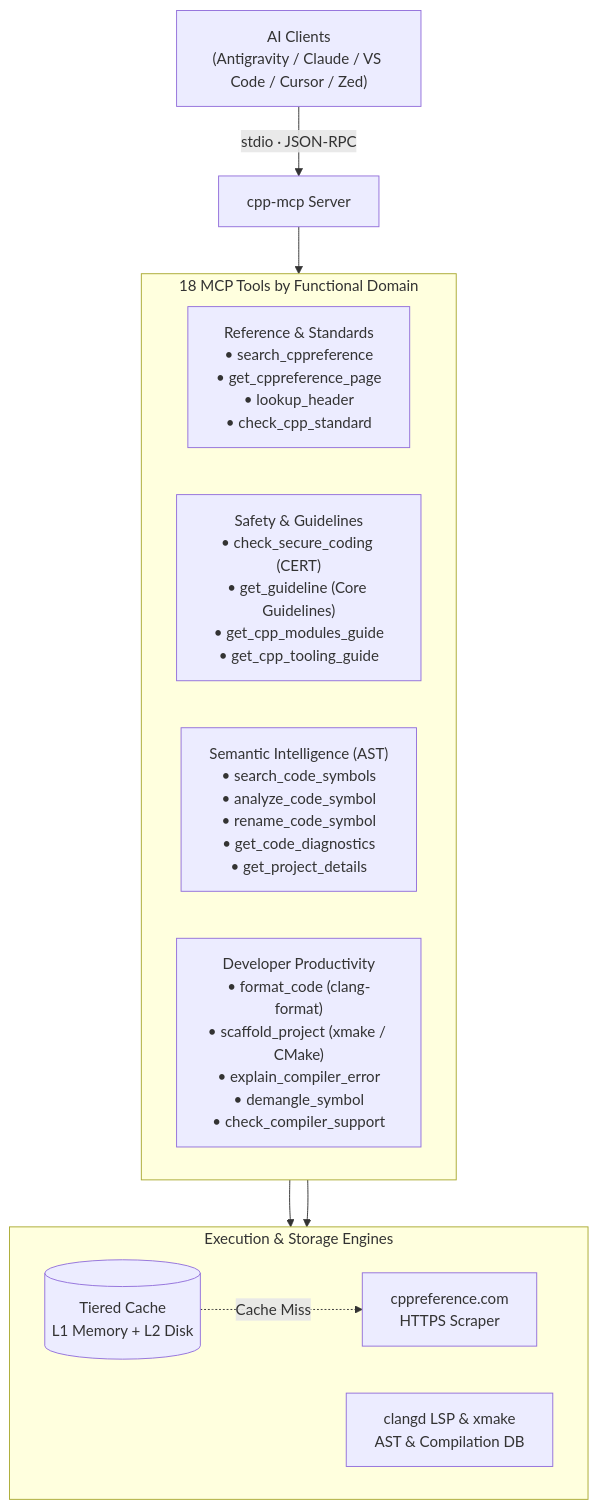
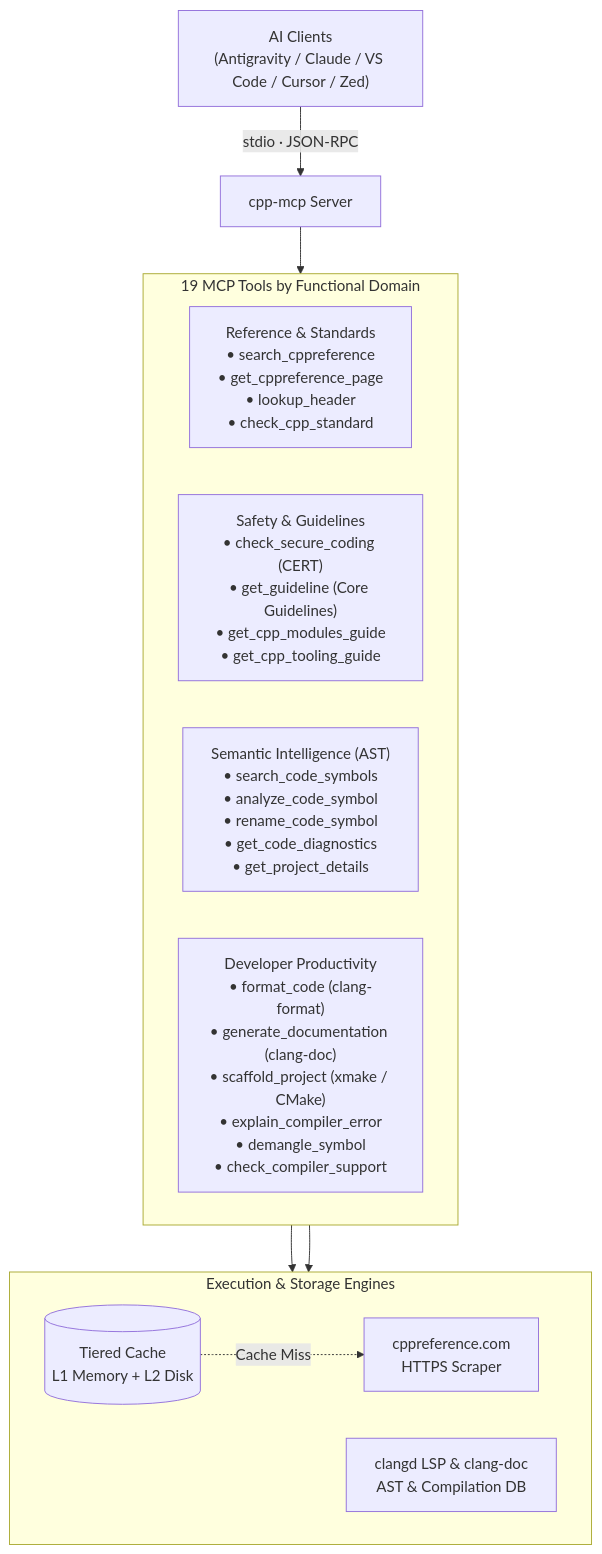
Before and after one commit to CHOCEK-RB/cpp-mcp: the diagram in README.md, drawn with Mermaid. The commit also changed other lines of this file and 4 other files, not shown here.

Commit message:
feat(docs): add generate_documentation tool and CLI docs command via clang-doc

````diff
--- a/README.md
+++ b/README.md
@@ -17,24 +17,24 @@
 ```mermaid
 flowchart TB
     Client["AI Clients\n(Antigravity / Claude / VS Code / Cursor / Zed)"] -->|stdio · JSON-RPC| Server["cpp-mcp Server"]
 
-    subgraph Tools ["18 MCP Tools by Functional Domain"]
+    subgraph Tools ["19 MCP Tools by Functional Domain"]
         direction LR
         D1["Reference & Standards\n• search_cppreference\n• get_cppreference_page\n• lookup_header\n• check_cpp_standard"]
         D2["Safety & Guidelines\n• check_secure_coding (CERT)\n• get_guideline (Core Guidelines)\n• get_cpp_modules_guide\n• get_cpp_tooling_guide"]
         D3["Semantic Intelligence (AST)\n• search_code_symbols\n• analyze_code_symbol\n• rename_code_symbol\n• get_code_diagnostics\n• get_project_details"]
-        D4["Developer Productivity\n• format_code (clang-format)\n• scaffold_project (xmake / CMake)\n• explain_compiler_error\n• demangle_symbol\n• check_compiler_support"]
+        D4["Developer Productivity\n• format_code (clang-format)\n• generate_documentation (clang-doc)\n• scaffold_project (xmake / CMake)\n• explain_compiler_error\n• demangle_symbol\n• check_compiler_support"]
     end
 
     subgraph Backends ["Execution & Storage Engines"]
         direction LR
         Cache[("Tiered Cache\nL1 Memory + L2 Disk")]
-        LSP["clangd LSP & xmake\nAST & Compilation DB"]
+        LSP["clangd LSP & clang-doc\nAST & Compilation DB"]
         Web["cppreference.com\nHTTPS Scraper"]
     end
 
     Server --> Tools
     D1 --> Cache
     D3 --> LSP
     Cache -.->|Cache Miss| Web
 ```
````
